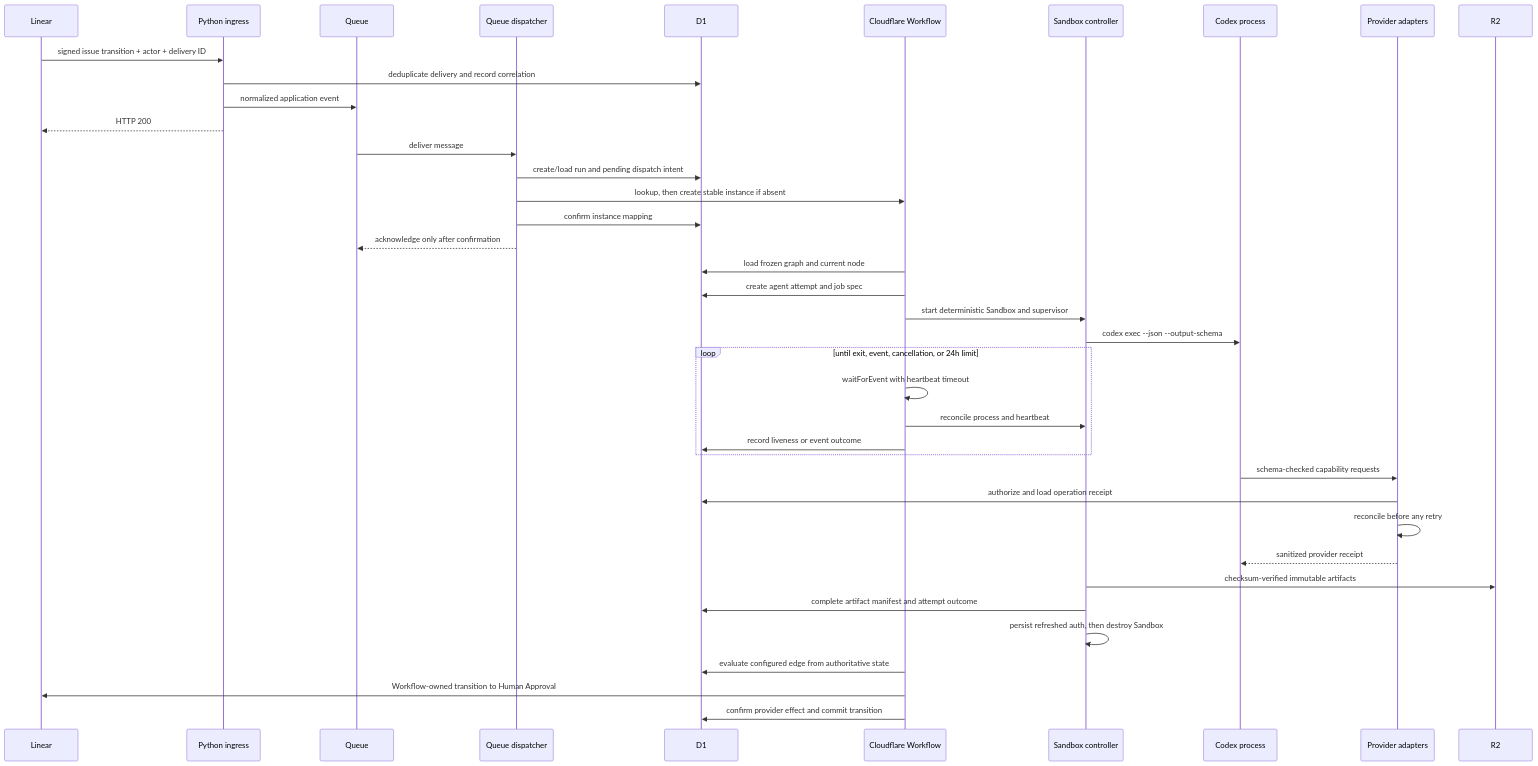
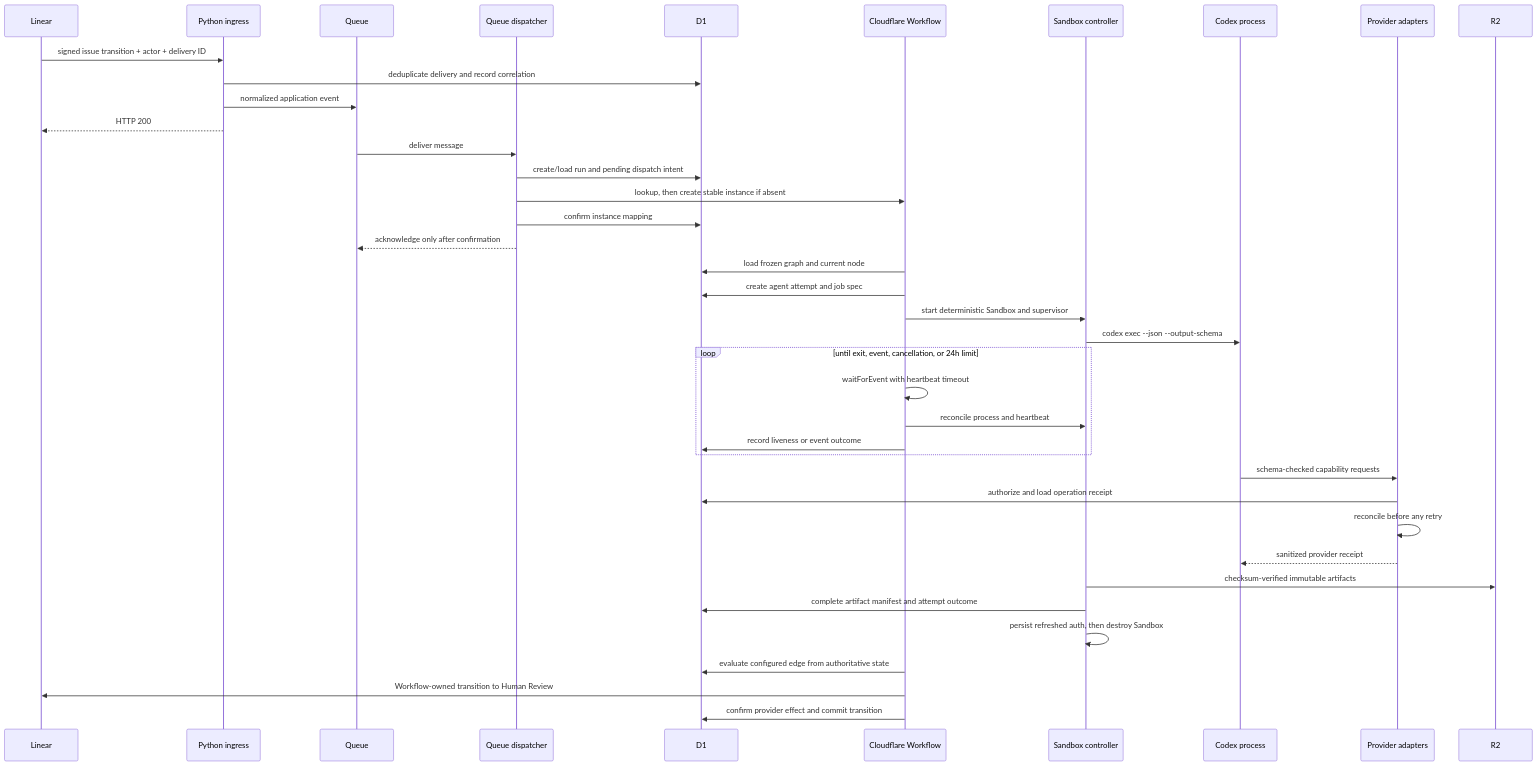
One commit to sachinkundu/deos changed the third of 3 diagrams in openspec/changes/run-codex-in-cloudflare-sandbox/design.md. Above: the diagram before and after it, drawn with Mermaid. The commit also changed other lines of this file and 19 other files, not shown here.

Commit message:
fix: resume workflows from the real Human Review gate

````diff
--- a/openspec/changes/run-codex-in-cloudflare-sandbox/design.md
+++ b/openspec/changes/run-codex-in-cloudflare-sandbox/design.md
@@ -704,42 +706,42 @@
 ```mermaid
 sequenceDiagram
   participant L as Linear
   participant I as Python ingress
   participant Q as Queue
   participant D as Queue dispatcher
   participant DB as D1
   participant W as Cloudflare Workflow
   participant S as Sandbox controller
   participant C as Codex process
   participant P as Provider adapters
   participant R as R2
 
   L->>I: signed issue transition + actor + delivery ID
   I->>DB: deduplicate delivery and record correlation
   I->>Q: normalized application event
   I-->>L: HTTP 200
   Q->>D: deliver message
   D->>DB: create/load run and pending dispatch intent
   D->>W: lookup, then create stable instance if absent
   D->>DB: confirm instance mapping
   D-->>Q: acknowledge only after confirmation
   W->>DB: load frozen graph and current node
   W->>DB: create agent attempt and job spec
   W->>S: start deterministic Sandbox and supervisor
   S->>C: codex exec --json --output-schema
   loop until exit, event, cancellation, or 24h limit
     W->>W: waitForEvent with heartbeat timeout
     W->>S: reconcile process and heartbeat
     W->>DB: record liveness or event outcome
   end
   C->>P: schema-checked capability requests
   P->>DB: authorize and load operation receipt
   P->>P: reconcile before any retry
   P-->>C: sanitized provider receipt
   S->>R: checksum-verified immutable artifacts
   S->>DB: complete artifact manifest and attempt outcome
   S->>S: persist refreshed auth, then destroy Sandbox
   W->>DB: evaluate configured edge from authoritative state
-  W->>L: Workflow-owned transition to Human Approval
+  W->>L: Workflow-owned transition to Human Review
   W->>DB: confirm provider effect and commit transition
 ```
````
